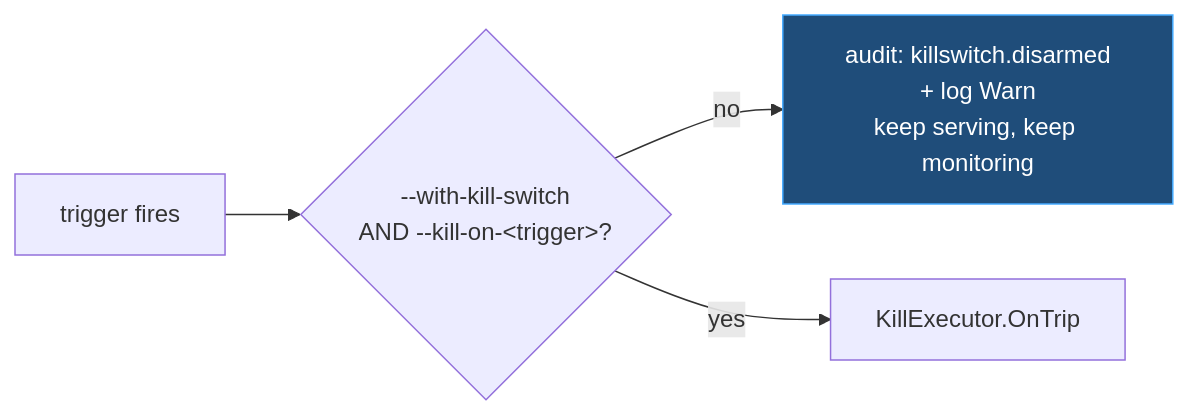
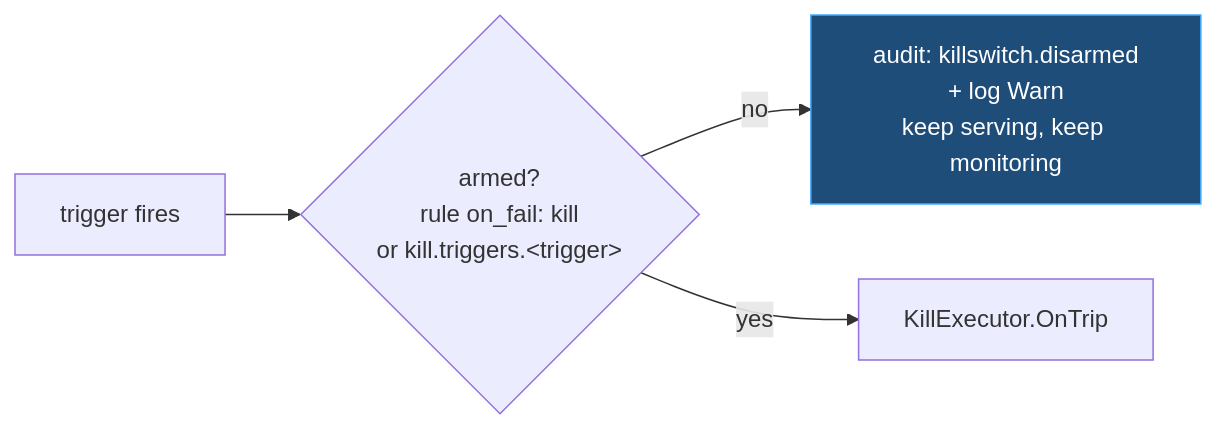
One commit to deploymenttheory/windows-mcp-server changed the fifth of 8 diagrams in docs/security-architecture.md. Above: the diagram before and after it, drawn with Mermaid. The commit also changed other lines of this file and 15 other files, not shown here.

````diff
--- a/docs/security-architecture.md
+++ b/docs/security-architecture.md
@@ -293,8 +281,8 @@
 ```mermaid
 flowchart LR
-    T["trigger fires"] --> G{"--with-kill-switch<br/>AND --kill-on-&lt;trigger&gt;?"}
+    T["trigger fires"] --> G{"armed?<br/>rule on_fail: kill<br/>or kill.triggers.&lt;trigger&gt;"}
     G -- no --> R["audit: killswitch.disarmed<br/>+ log Warn<br/>keep serving, keep monitoring"]
     G -- yes --> OT2["KillExecutor.OnTrip"]
     classDef always fill:#1f4d7a,stroke:#4af,color:#fff;
     class R always;
 ```
````
